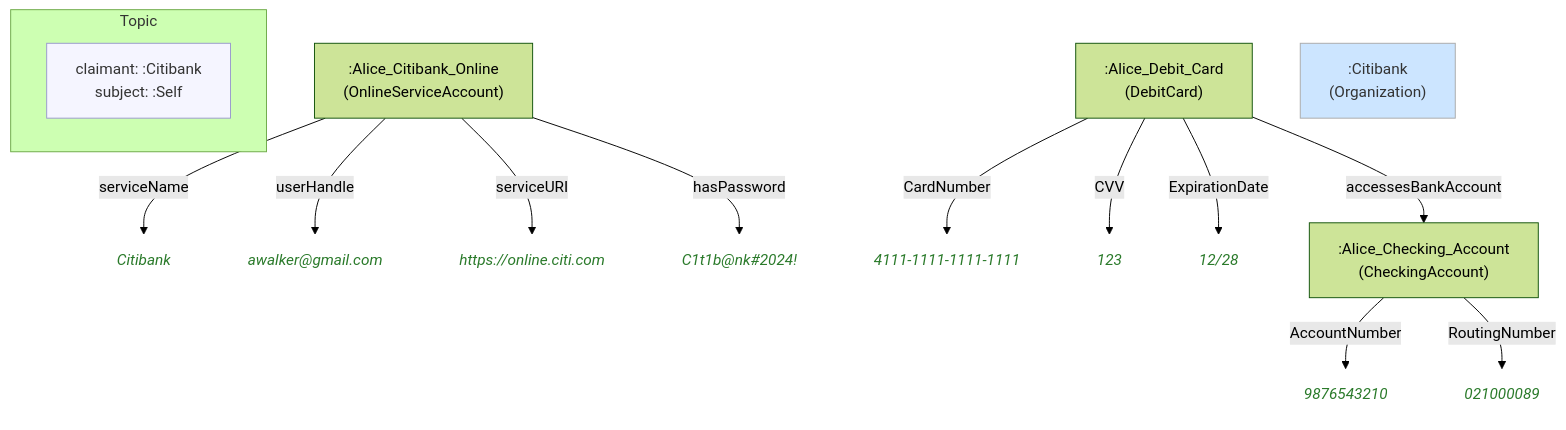
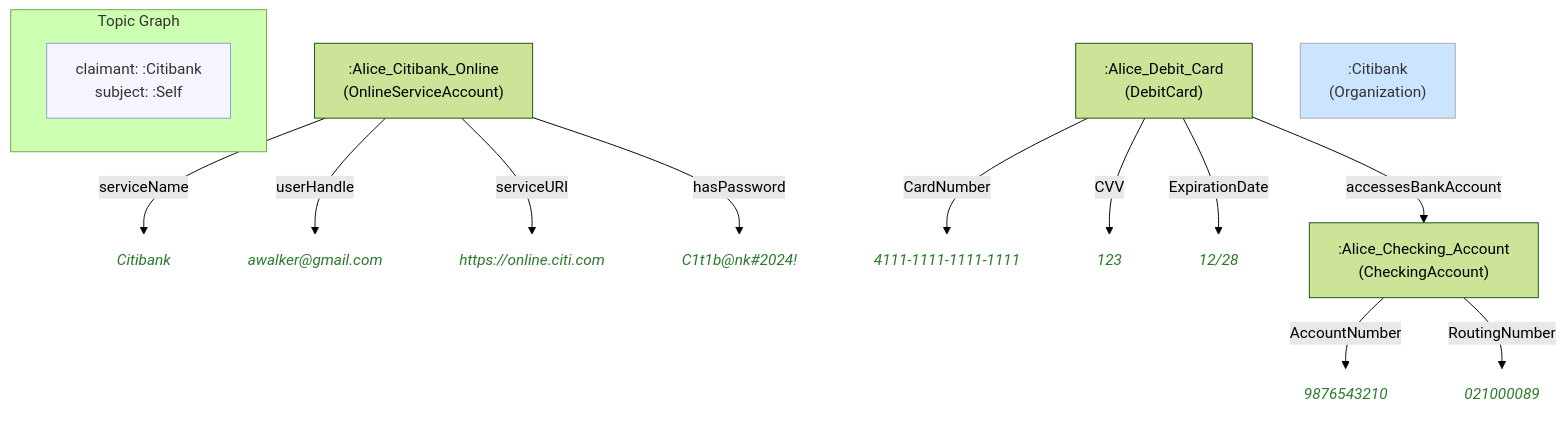
Before and after one commit to MeeFoundation/mia-ontologies: the diagram in example/topics/images/self.citibank(Citibank)(banking-payments)(09).mmd, drawn with Mermaid (forest theme). The commit also changed 65 other files, not shown here.

First line of the commit message:
Relabel per-topic diagram metadata box "Topic" -> "Topic Graph"

```diff
--- a/example/topics/images/self.citibank(Citibank)(banking-payments)(09).mmd
+++ b/example/topics/images/self.citibank(Citibank)(banking-payments)(09).mmd
@@ -1,36 +1,36 @@
 flowchart TD
     classDef person fill:#fffacd,stroke:#aaa,color:#333
     classDef grp    fill:#d4edda,stroke:#aaa,color:#333
     classDef org    fill:#cce5ff,stroke:#aaa,color:#333
     classDef lit    fill:none,stroke:none,font-style:italic,color:#2a7a2a
     classDef meta   fill:#f5f5ff,stroke:#9999cc,color:#333
 
-    subgraph ctx["Topic"]
+    subgraph ctx["Topic Graph"]
         direction LR
         ctx_meta["claimant: :Citibank\nsubject: :Self"]:::meta
     end
 
     naadb4eb7dbfe[":Alice_Checking_Account\n(CheckingAccount)"]
-    ncdeed40a9fa6("9876543210"):::lit
-    n1ae67c100926("021000089"):::lit
+    n528c76fe76e9("9876543210"):::lit
+    nd7528ec52e87("021000089"):::lit
     nd168547b019a[":Alice_Citibank_Online\n(OnlineServiceAccount)"]
     nb69c1e2996b7("Citibank"):::lit
     n30fbde007d82("awalker@gmail.com"):::lit
     n1bbd693303ed("https://online.citi.com"):::lit
     n1db9350539ae("C1t1b@nk#2024!"):::lit
     ne33644105d79[":Alice_Debit_Card\n(DebitCard)"]
-    n8a6d95b0ef20("4111-1111-1111-1111"):::lit
-    n60d2b31be12b("123"):::lit
-    nbe5fabb138eb("12/28"):::lit
+    n4cbadb7b72b0("4111-1111-1111-1111"):::lit
+    na936b55e37e3("123"):::lit
+    nfc0bee92de16("12/28"):::lit
     n0415a88486d3[":Citibank\n(Organization)"]:::org
 
-    naadb4eb7dbfe -->|"AccountNumber"| ncdeed40a9fa6
-    naadb4eb7dbfe -->|"RoutingNumber"| n1ae67c100926
+    naadb4eb7dbfe -->|"AccountNumber"| n528c76fe76e9
+    naadb4eb7dbfe -->|"RoutingNumber"| nd7528ec52e87
     nd168547b019a -->|"serviceName"| nb69c1e2996b7
     nd168547b019a -->|"userHandle"| n30fbde007d82
     nd168547b019a -->|"serviceURI"| n1bbd693303ed
     nd168547b019a -->|"hasPassword"| n1db9350539ae
-    ne33644105d79 -->|"CardNumber"| n8a6d95b0ef20
-    ne33644105d79 -->|"CVV"| n60d2b31be12b
-    ne33644105d79 -->|"ExpirationDate"| nbe5fabb138eb
+    ne33644105d79 -->|"CardNumber"| n4cbadb7b72b0
+    ne33644105d79 -->|"CVV"| na936b55e37e3
+    ne33644105d79 -->|"ExpirationDate"| nfc0bee92de16
     ne33644105d79 -->|"accessesBankAccount"| naadb4eb7dbfe
```
